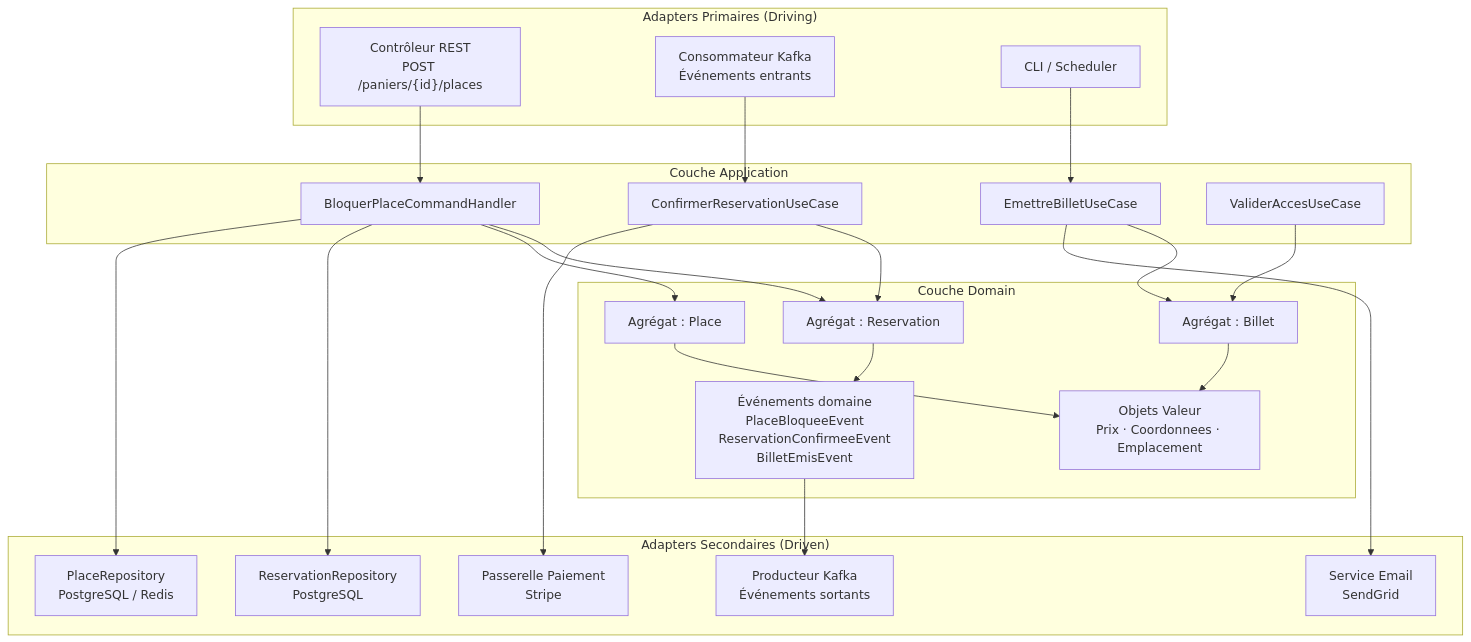
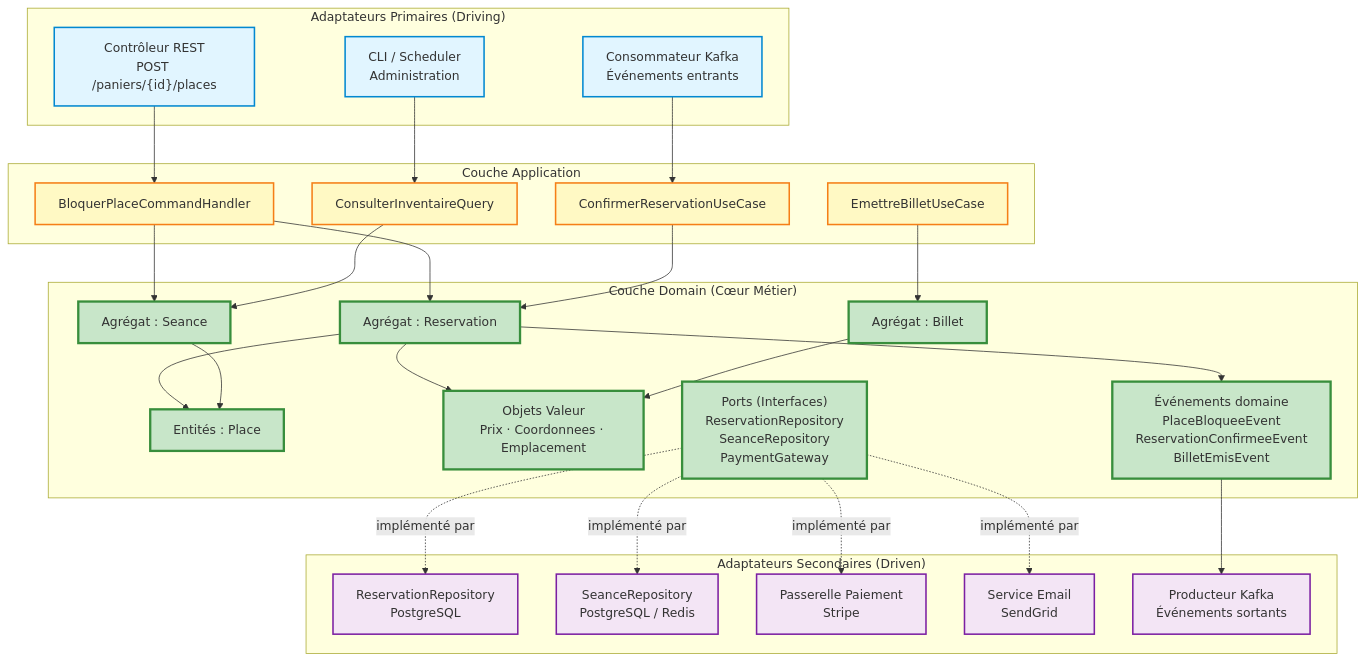
One commit to Feennrir/TP_DDD changed the diagram in docs/architecture-hexagonale.md. Above: the diagram before and after it, drawn with Mermaid. The commit also changed other lines of this file and 1 other file, not shown here.

Commit message:
3.3 & 4.1

````diff
--- a/docs/architecture-hexagonale.md
+++ b/docs/architecture-hexagonale.md
@@ -42,51 +57,65 @@
 ```mermaid
 graph TD
-    subgraph Primaires["Adapters Primaires (Driving)"]
-        REST["Contrôleur REST\nPOST /paniers/{id}/places"]
-        KAFKA_IN["Consommateur Kafka\nÉvénements entrants"]
-        CLI["CLI / Scheduler"]
+    subgraph Primaires["Adaptateurs Primaires (Driving)"]
+        REST["Contrôleur REST<br/>POST /paniers/{id}/places"]
+        KAFKA_IN["Consommateur Kafka<br/>Événements entrants"]
+        CLI["CLI / Scheduler<br/>Administration"]
     end
 
     subgraph Application["Couche Application"]
         UC1["BloquerPlaceCommandHandler"]
         UC2["ConfirmerReservationUseCase"]
         UC3["EmettreBilletUseCase"]
-        UC4["ValiderAccesUseCase"]
+        UC4["ConsulterInventaireQuery"]
     end
 
-    subgraph Domain["Couche Domain"]
+    subgraph Domain["Couche Domain (Cœur Métier)"]
         AGG1["Agrégat : Reservation"]
-        AGG2["Agrégat : Place"]
+        AGG2["Agrégat : Seance"]
         AGG3["Agrégat : Billet"]
-        VO["Objets Valeur\nPrix · Coordonnees · Emplacement"]
-        EVT["Événements domaine\nPlaceBloqueeEvent\nReservationConfirmeeEvent\nBilletEmisEvent"]
+        ENT["Entités : Place"]
+        VO["Objets Valeur<br/>Prix · Coordonnees · Emplacement"]
+        EVT["Événements domaine<br/>PlaceBloqueeEvent<br/>ReservationConfirmeeEvent<br/>BilletEmisEvent"]
+        PORTS["Ports (Interfaces)<br/>ReservationRepository<br/>SeanceRepository<br/>PaymentGateway"]
     end
 
-    subgraph Secondaires["Adapters Secondaires (Driven)"]
-        REPO1["ReservationRepository\nPostgreSQL"]
-        REPO2["PlaceRepository\nPostgreSQL / Redis"]
-        PAY["Passerelle Paiement\nStripe"]
-        EMAIL["Service Email\nSendGrid"]
-        KAFKA_OUT["Producteur Kafka\nÉvénements sortants"]
+    subgraph Secondaires["Adaptateurs Secondaires (Driven)"]
+        REPO1["ReservationRepository<br/>PostgreSQL"]
+        REPO2["SeanceRepository<br/>PostgreSQL / Redis"]
+        PAY["Passerelle Paiement<br/>Stripe"]
+        EMAIL["Service Email<br/>SendGrid"]
+        KAFKA_OUT["Producteur Kafka<br/>Événements sortants"]
     end
 
     REST --> UC1
     KAFKA_IN --> UC2
-    CLI --> UC3
+    CLI --> UC4
 
     UC1 --> AGG1
     UC1 --> AGG2
     UC2 --> AGG1
     UC3 --> AGG3
-    UC4 --> AGG3
+    UC4 --> AGG2
 
+    AGG1 --> ENT
+    AGG1 --> VO
     AGG1 --> EVT
-    AGG2 --> VO
+    AGG2 --> ENT
     AGG3 --> VO
 
-    UC1 --> REPO1
-    UC1 --> REPO2
-    UC2 --> PAY
-    UC3 --> EMAIL
+    PORTS -.implémenté par.-> REPO1
+    PORTS -.implémenté par.-> REPO2
+    PORTS -.implémenté par.-> PAY
+    PORTS -.implémenté par.-> EMAIL
     EVT --> KAFKA_OUT
+
+    classDef primary fill:#e1f5ff,stroke:#0288d1,stroke-width:2px
+    classDef app fill:#fff9c4,stroke:#f57f17,stroke-width:2px
+    classDef domain fill:#c8e6c9,stroke:#388e3c,stroke-width:3px
+    classDef secondary fill:#f3e5f5,stroke:#7b1fa2,stroke-width:2px
+    
+    class REST,KAFKA_IN,CLI primary
+    class UC1,UC2,UC3,UC4 app
+    class AGG1,AGG2,AGG3,ENT,VO,EVT,PORTS domain
+    class REPO1,REPO2,PAY,EMAIL,KAFKA_OUT secondary
 ```
````
